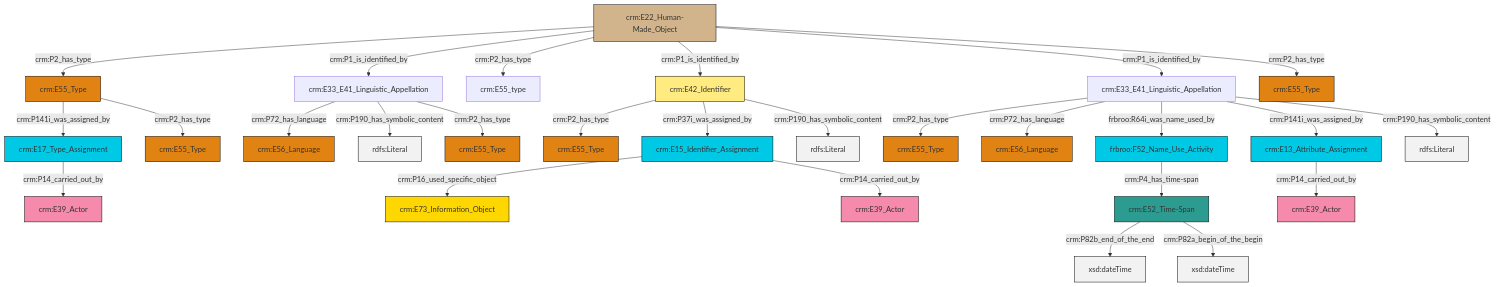
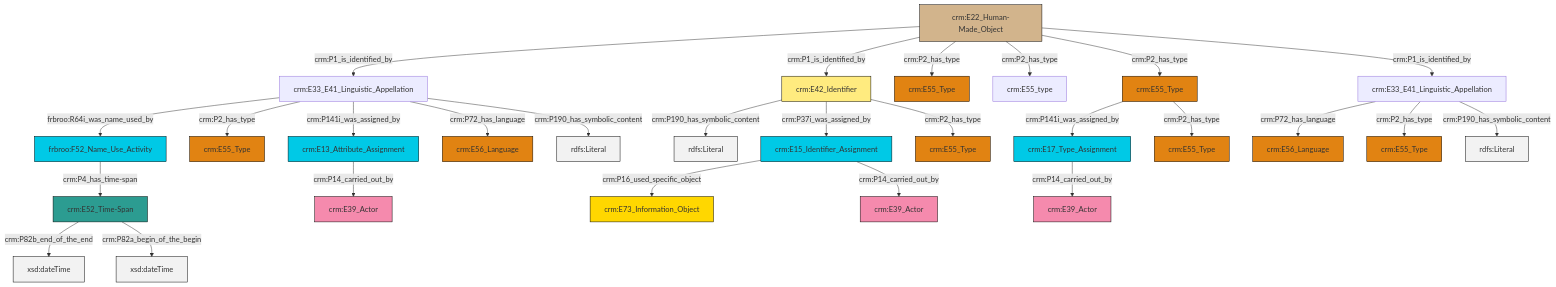
The diagram in et/builtWorkCSV/ttl/mmd/Built_Work_Names.ttl.mmd (swiss-art-research-net/reference-data-models), drawn with Mermaid before and after one commit. The commit also changed 128 other files, not shown here.

```diff
--- a/et/builtWorkCSV/ttl/mmd/Built_Work_Names.ttl.mmd
+++ b/et/builtWorkCSV/ttl/mmd/Built_Work_Names.ttl.mmd
@@ -1,41 +1,41 @@
 graph TD
 classDef Literal fill:#f2f2f2,stroke:#000000;
 classDef CRM_Entity fill:#FFFFFF,stroke:#000000;
 classDef Temporal_Entity fill:#00C9E6, stroke:#000000;
 classDef Type fill:#E18312, stroke:#000000;
 classDef Time-Span fill:#2C9C91, stroke:#000000;
 classDef Appellation fill:#FFEB7F, stroke:#000000;
 classDef Place fill:#008836, stroke:#000000;
 classDef Persistent_Item fill:#B266B2, stroke:#000000;
 classDef Conceptual_Object fill:#FFD700, stroke:#000000;
 classDef Physical_Thing fill:#D2B48C, stroke:#000000;
 classDef Actor fill:#f58aad, stroke:#000000;
 classDef PC_Classes fill:#4ce600, stroke:#000000;
 classDef Multi fill:#cccccc,stroke:#000000;
 
-0["crm:E17_Type_Assignment"]:::Temporal_Entity -->|crm:P14_carried_out_by| 1["crm:E39_Actor"]:::Actor
-8["crm:E13_Attribute_Assignment"]:::Temporal_Entity -->|crm:P14_carried_out_by| 9["crm:E39_Actor"]:::Actor
-10["crm:E22_Human-Made_Object"]:::Physical_Thing -->|crm:P2_has_type| 11["crm:E55_Type"]:::Type
-14["crm:E15_Identifier_Assignment"]:::Temporal_Entity -->|crm:P16_used_specific_object| 15["crm:E73_Information_Object"]:::Conceptual_Object
-10["crm:E22_Human-Made_Object"]:::Physical_Thing -->|crm:P1_is_identified_by| 6["crm:E33_E41_Linguistic_Appellation"]:::Default
-17["frbroo:F52_Name_Use_Activity"]:::Temporal_Entity -->|crm:P4_has_time-span| 2["crm:E52_Time-Span"]:::Time-Span
-6["crm:E33_E41_Linguistic_Appellation"]:::Default -->|crm:P72_has_language| 18["crm:E56_Language"]:::Type
-22["crm:E33_E41_Linguistic_Appellation"]:::Default -->|crm:P2_has_type| 23["crm:E55_Type"]:::Type
-6["crm:E33_E41_Linguistic_Appellation"]:::Default -->|crm:P190_has_symbolic_content| 26[rdfs:Literal]:::Literal
-4["crm:E42_Identifier"]:::Appellation -->|crm:P2_has_type| 27["crm:E55_Type"]:::Type
-14["crm:E15_Identifier_Assignment"]:::Temporal_Entity -->|crm:P14_carried_out_by| 24["crm:E39_Actor"]:::Actor
-10["crm:E22_Human-Made_Object"]:::Physical_Thing -->|crm:P2_has_type| 33["crm:E55_type"]:::Default
-11["crm:E55_Type"]:::Type -->|crm:P141i_was_assigned_by| 0["crm:E17_Type_Assignment"]:::Temporal_Entity
-22["crm:E33_E41_Linguistic_Appellation"]:::Default -->|crm:P72_has_language| 12["crm:E56_Language"]:::Type
-2["crm:E52_Time-Span"]:::Time-Span -->|crm:P82b_end_of_the_end| 39[xsd:dateTime]:::Literal
-10["crm:E22_Human-Made_Object"]:::Physical_Thing -->|crm:P1_is_identified_by| 4["crm:E42_Identifier"]:::Appellation
-10["crm:E22_Human-Made_Object"]:::Physical_Thing -->|crm:P1_is_identified_by| 22["crm:E33_E41_Linguistic_Appellation"]:::Default
-4["crm:E42_Identifier"]:::Appellation -->|crm:P37i_was_assigned_by| 14["crm:E15_Identifier_Assignment"]:::Temporal_Entity
-11["crm:E55_Type"]:::Type -->|crm:P2_has_type| 29["crm:E55_Type"]:::Type
-22["crm:E33_E41_Linguistic_Appellation"]:::Default -->|frbroo:R64i_was_name_used_by| 17["frbroo:F52_Name_Use_Activity"]:::Temporal_Entity
-10["crm:E22_Human-Made_Object"]:::Physical_Thing -->|crm:P2_has_type| 37["crm:E55_Type"]:::Type
-2["crm:E52_Time-Span"]:::Time-Span -->|crm:P82a_begin_of_the_begin| 46[xsd:dateTime]:::Literal
-22["crm:E33_E41_Linguistic_Appellation"]:::Default -->|crm:P141i_was_assigned_by| 8["crm:E13_Attribute_Assignment"]:::Temporal_Entity
-22["crm:E33_E41_Linguistic_Appellation"]:::Default -->|crm:P190_has_symbolic_content| 47[rdfs:Literal]:::Literal
-4["crm:E42_Identifier"]:::Appellation -->|crm:P190_has_symbolic_content| 49[rdfs:Literal]:::Literal
-6["crm:E33_E41_Linguistic_Appellation"]:::Default -->|crm:P2_has_type| 34["crm:E55_Type"]:::Type
+4["crm:E22_Human-Made_Object"]:::Physical_Thing -->|crm:P1_is_identified_by| 5["crm:E33_E41_Linguistic_Appellation"]:::Default
+6["crm:E33_E41_Linguistic_Appellation"]:::Default -->|crm:P72_has_language| 7["crm:E56_Language"]:::Type
+4["crm:E22_Human-Made_Object"]:::Physical_Thing -->|crm:P1_is_identified_by| 13["crm:E42_Identifier"]:::Appellation
+14["crm:E13_Attribute_Assignment"]:::Temporal_Entity -->|crm:P14_carried_out_by| 2["crm:E39_Actor"]:::Actor
+15["frbroo:F52_Name_Use_Activity"]:::Temporal_Entity -->|crm:P4_has_time-span| 11["crm:E52_Time-Span"]:::Time-Span
+0["crm:E15_Identifier_Assignment"]:::Temporal_Entity -->|crm:P16_used_specific_object| 16["crm:E73_Information_Object"]:::Conceptual_Object
+13["crm:E42_Identifier"]:::Appellation -->|crm:P190_has_symbolic_content| 20[rdfs:Literal]:::Literal
+5["crm:E33_E41_Linguistic_Appellation"]:::Default -->|frbroo:R64i_was_name_used_by| 15["frbroo:F52_Name_Use_Activity"]:::Temporal_Entity
+11["crm:E52_Time-Span"]:::Time-Span -->|crm:P82b_end_of_the_end| 25[xsd:dateTime]:::Literal
+13["crm:E42_Identifier"]:::Appellation -->|crm:P37i_was_assigned_by| 0["crm:E15_Identifier_Assignment"]:::Temporal_Entity
+5["crm:E33_E41_Linguistic_Appellation"]:::Default -->|crm:P2_has_type| 21["crm:E55_Type"]:::Type
+4["crm:E22_Human-Made_Object"]:::Physical_Thing -->|crm:P2_has_type| 17["crm:E55_Type"]:::Type
+6["crm:E33_E41_Linguistic_Appellation"]:::Default -->|crm:P2_has_type| 28["crm:E55_Type"]:::Type
+23["crm:E55_Type"]:::Type -->|crm:P141i_was_assigned_by| 29["crm:E17_Type_Assignment"]:::Temporal_Entity
+5["crm:E33_E41_Linguistic_Appellation"]:::Default -->|crm:P141i_was_assigned_by| 14["crm:E13_Attribute_Assignment"]:::Temporal_Entity
+29["crm:E17_Type_Assignment"]:::Temporal_Entity -->|crm:P14_carried_out_by| 8["crm:E39_Actor"]:::Actor
+23["crm:E55_Type"]:::Type -->|crm:P2_has_type| 31["crm:E55_Type"]:::Type
+0["crm:E15_Identifier_Assignment"]:::Temporal_Entity -->|crm:P14_carried_out_by| 33["crm:E39_Actor"]:::Actor
+13["crm:E42_Identifier"]:::Appellation -->|crm:P2_has_type| 35["crm:E55_Type"]:::Type
+6["crm:E33_E41_Linguistic_Appellation"]:::Default -->|crm:P190_has_symbolic_content| 41[rdfs:Literal]:::Literal
+4["crm:E22_Human-Made_Object"]:::Physical_Thing -->|crm:P2_has_type| 37["crm:E55_type"]:::Default
+4["crm:E22_Human-Made_Object"]:::Physical_Thing -->|crm:P2_has_type| 23["crm:E55_Type"]:::Type
+5["crm:E33_E41_Linguistic_Appellation"]:::Default -->|crm:P72_has_language| 26["crm:E56_Language"]:::Type
+4["crm:E22_Human-Made_Object"]:::Physical_Thing -->|crm:P1_is_identified_by| 6["crm:E33_E41_Linguistic_Appellation"]:::Default
+11["crm:E52_Time-Span"]:::Time-Span -->|crm:P82a_begin_of_the_begin| 47[xsd:dateTime]:::Literal
+5["crm:E33_E41_Linguistic_Appellation"]:::Default -->|crm:P190_has_symbolic_content| 49[rdfs:Literal]:::Literal
```
